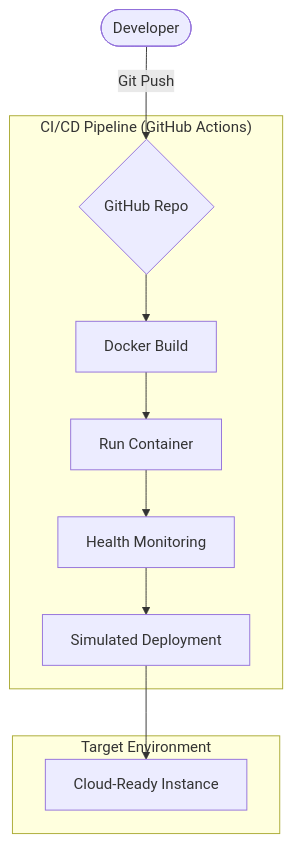
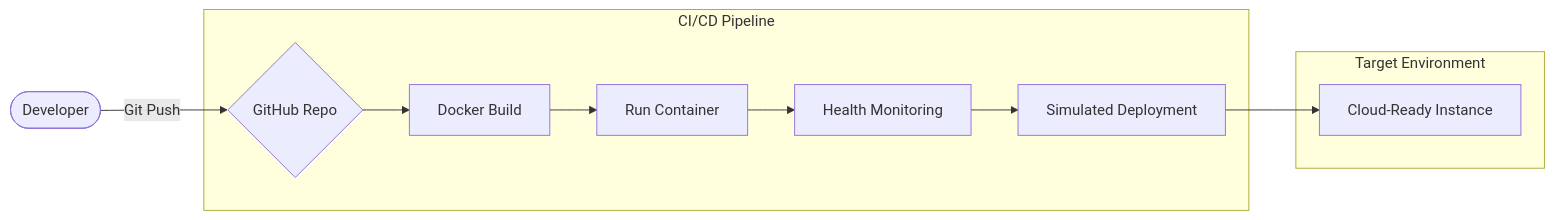
The second of 3 diagrams in README.md (01Sachinc/docker-devops-project), drawn with Mermaid before and after one commit. The commit also changed other lines of this file and 3 other files, not shown here.

Commit message:
docs: final cleanup, remove LinkedIn section, and set Architecture to horizontal

````diff
--- a/README.md
+++ b/README.md
@@ -40,13 +40,13 @@
 ```mermaid
-graph TD
+graph LR
     Dev([Developer]) -->|Git Push| GitHub{GitHub Repo}
-    subgraph "CI/CD Pipeline (GitHub Actions)"
+    subgraph GitHub_Actions ["CI/CD Pipeline"]
         GitHub --> Build[Docker Build]
         Build --> Run[Run Container]
         Run --> Health[Health Monitoring]
         Health --> Deploy[Simulated Deployment]
     end
-    subgraph "Target Environment"
+    subgraph Target ["Target Environment"]
         Deploy --> Prod[Cloud-Ready Instance]
     end
 ```
````
